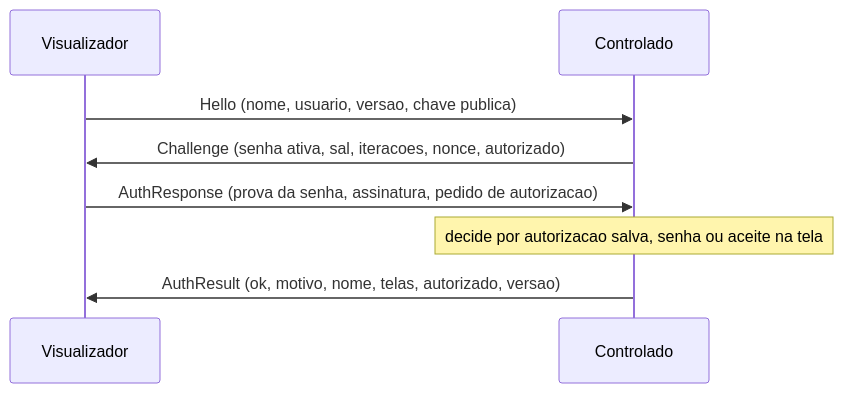
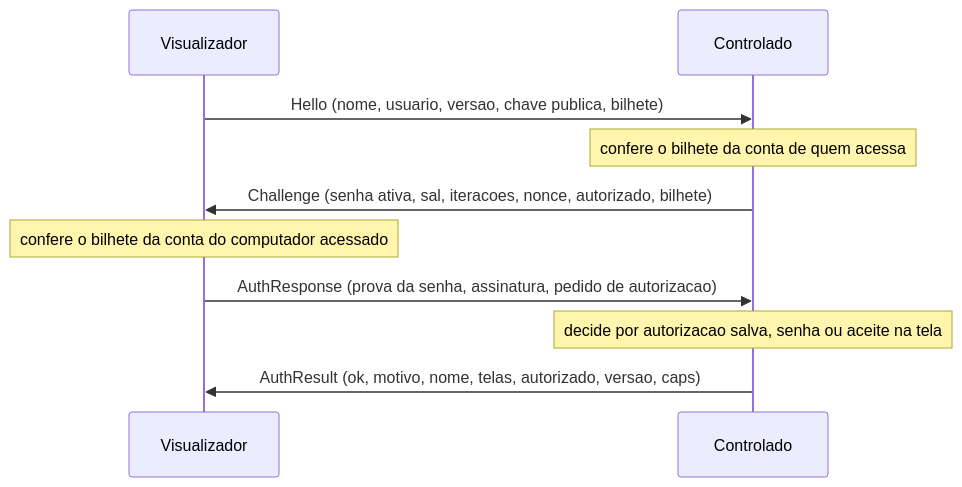
Before and after one commit to dytech0021/ponte-app: the second of 3 diagrams in docs/protocolo.md, drawn with Mermaid. The commit also changed other lines of this file and 9 other files, not shown here.

````diff
--- a/docs/protocolo.md
+++ b/docs/protocolo.md
@@ -183,10 +264,12 @@
 ```mermaid
 sequenceDiagram
     participant V as Visualizador
     participant C as Controlado
-    V->>C: Hello (nome, usuario, versao, chave publica)
-    C->>V: Challenge (senha ativa, sal, iteracoes, nonce, autorizado)
+    V->>C: Hello (nome, usuario, versao, chave publica, bilhete)
+    Note over C: confere o bilhete da conta de quem acessa
+    C->>V: Challenge (senha ativa, sal, iteracoes, nonce, autorizado, bilhete)
+    Note over V: confere o bilhete da conta do computador acessado
     V->>C: AuthResponse (prova da senha, assinatura, pedido de autorizacao)
     Note over C: decide por autorizacao salva, senha ou aceite na tela
-    C->>V: AuthResult (ok, motivo, nome, telas, autorizado, versao)
+    C->>V: AuthResult (ok, motivo, nome, telas, autorizado, versao, caps)
 ```
````
